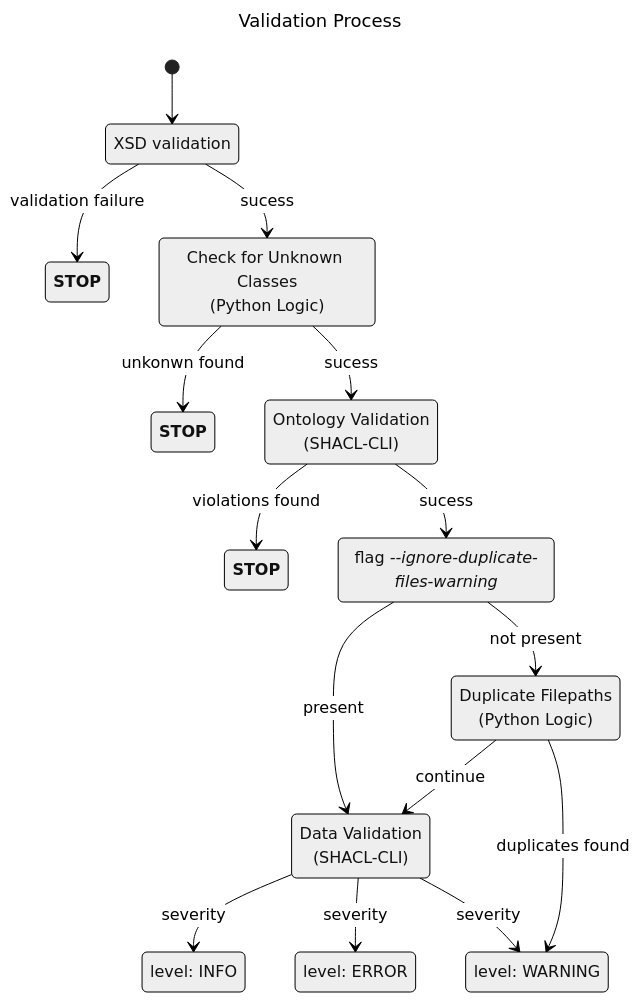
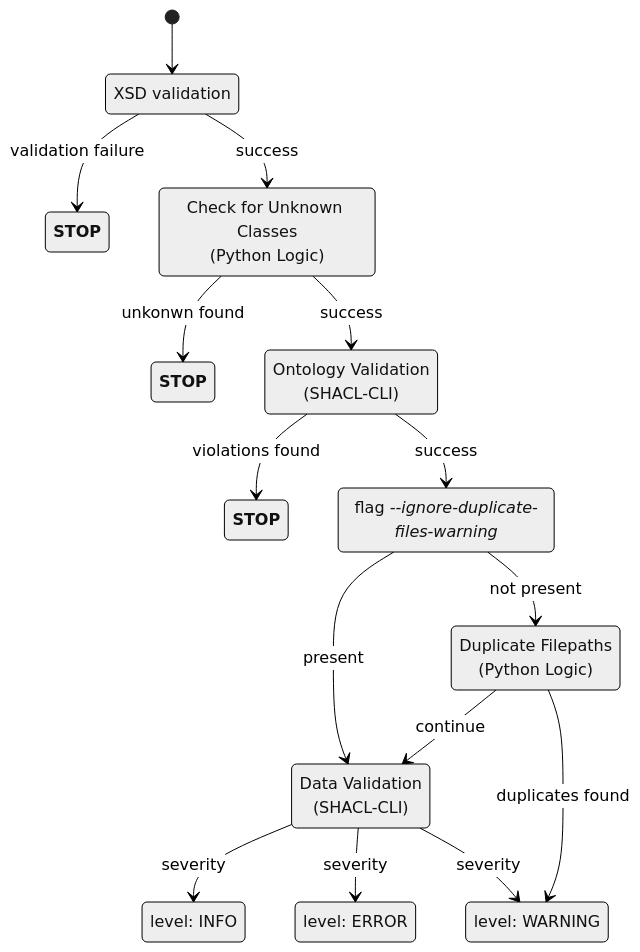
One commit to dasch-swiss/dsp-tools changed the fourth of 5 diagrams in docs/developers/architecture.md. Above: the diagram before and after it, drawn with Mermaid (neutral theme). The commit also changed other lines of this file, not shown here.

````diff
--- a/docs/developers/architecture.md
+++ b/docs/developers/architecture.md
@@ -137,34 +139,31 @@
 ```mermaid
----
-title: Validation Process
----
 stateDiagram-v2
 
 state "XSD validation" as XSD
 state "<b>STOP<b>" as stopXSD
 state "Check for Unknown Classes<br>(Python Logic)" as unknownCls
 state "<b>STOP<b>" as stopUnknown
 state "Ontology Validation<br>(SHACL-CLI)" as ontoVal
 state "<b>STOP<b>" as ontoViolation
 state "flag <em>--ignore-duplicate-files-warning<em>" as ignoreF
 state "Duplicate Filepaths<br>(Python Logic)" as duplicFile
 state "level: WARNING" as warning
 state "level: INFO" as info
 state "level: ERROR" as err
 state "Data Validation<br>(SHACL-CLI)" as dataSH
 
     [*] --> XSD
     XSD --> stopXSD: validation failure
-    XSD --> unknownCls: sucess
+    XSD --> unknownCls: success
     unknownCls --> stopUnknown: unkonwn found
-    unknownCls --> ontoVal: sucess
+    unknownCls --> ontoVal: success
     ontoVal --> ontoViolation: violations found
-    ontoVal --> ignoreF: sucess
+    ontoVal --> ignoreF: success
     ignoreF --> dataSH: present
     ignoreF --> duplicFile: not present
     duplicFile --> dataSH: continue
     duplicFile --> warning: duplicates found
     dataSH --> info: severity
     dataSH --> err: severity
     dataSH --> warning: severity
 ```
````
